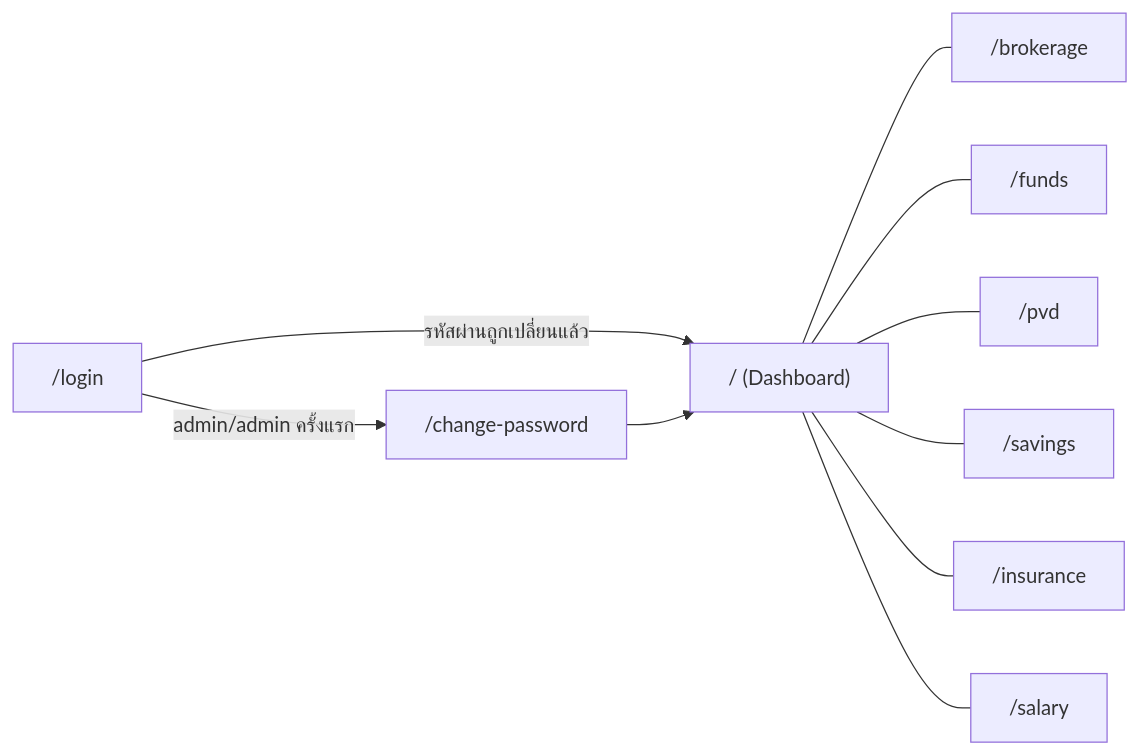
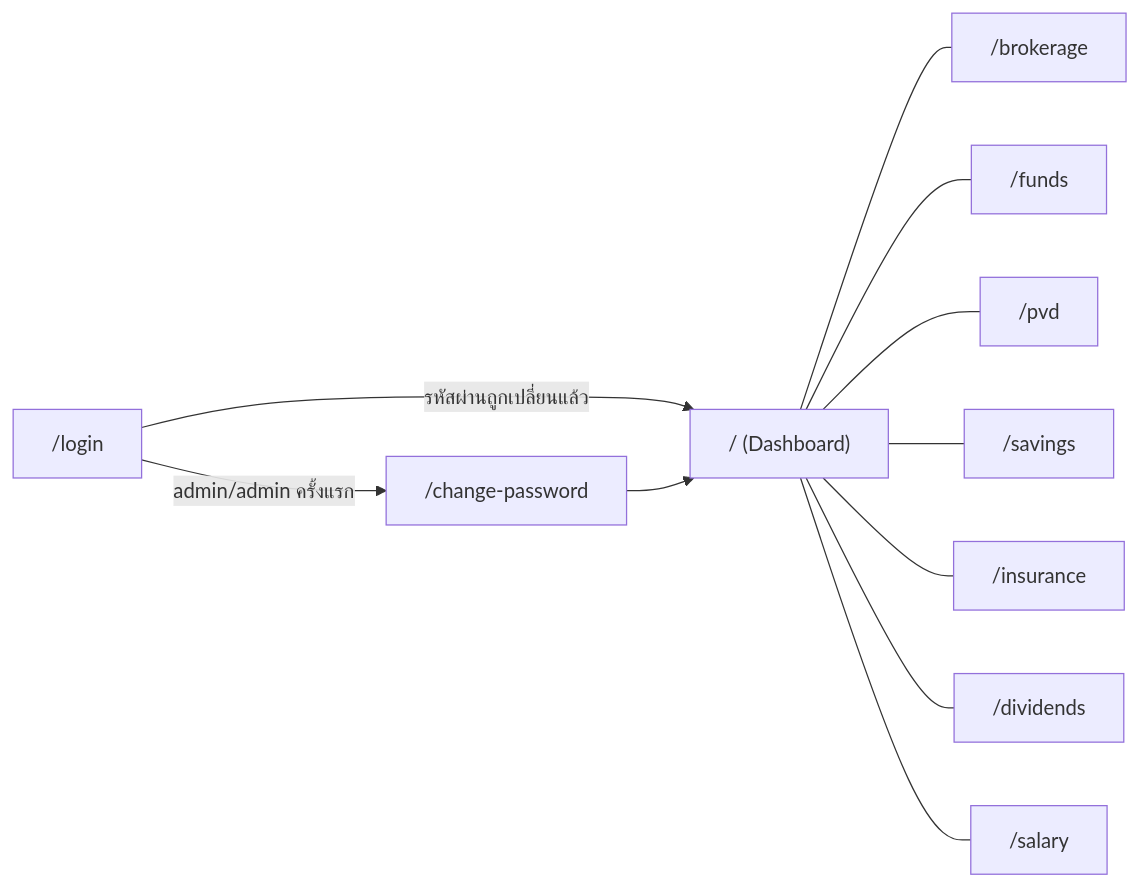
Before and after one commit to watcharaY/portfolio-tracker: the diagram in docs/01-design-pages.md, drawn with Mermaid. The commit also changed other lines of this file and 15 other files, not shown here.

````diff
--- a/docs/01-design-pages.md
+++ b/docs/01-design-pages.md
@@ -8,12 +8,13 @@
 ```mermaid
 flowchart LR
     Login["/login"] -->|admin/admin ครั้งแรก| CP["/change-password"]
     Login -->|รหัสผ่านถูกเปลี่ยนแล้ว| Dash
     CP --> Dash["/ (Dashboard)"]
     Dash --- B["/brokerage"]
     Dash --- F["/funds"]
     Dash --- P["/pvd"]
     Dash --- S["/savings"]
     Dash --- I["/insurance"]
+    Dash --- D["/dividends"]
     Dash --- T["/salary"]
 ```
````
